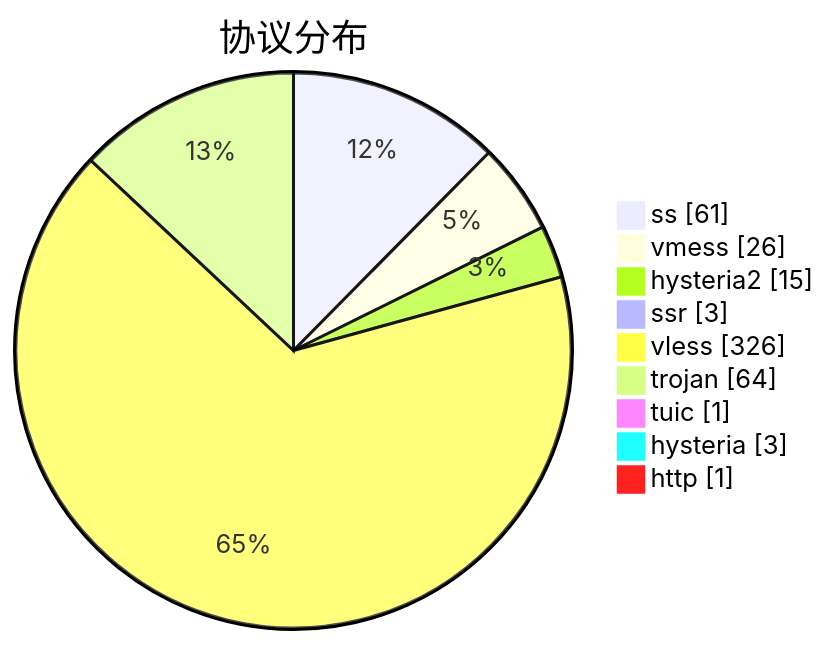
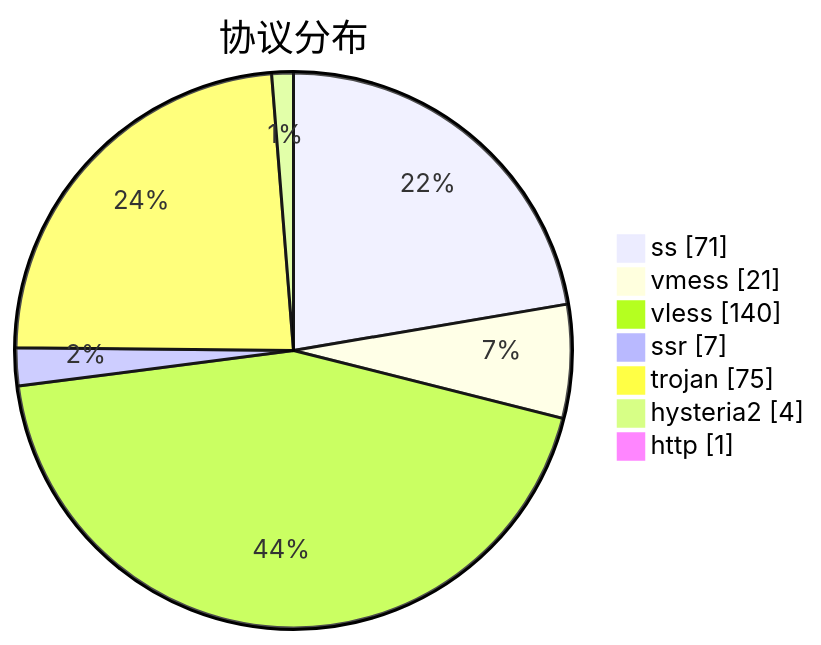
The third of 3 diagrams in subs/statistics/tested_within.md (sinspired/airport), drawn with Mermaid before and after one commit. The commit also changed other lines of this file and 2 other files, not shown here.

````diff
--- a/subs/statistics/tested_within.md
+++ b/subs/statistics/tested_within.md
@@ -50,13 +54,11 @@
 ```mermaid
 pie showData
 title 协议分布
-"ss" : 61
-"vmess" : 26
-"hysteria2" : 15
-"ssr" : 3
-"vless" : 326
-"trojan" : 64
-"tuic" : 1
-"hysteria" : 3
+"ss" : 71
+"vmess" : 21
+"vless" : 140
+"ssr" : 7
+"trojan" : 75
+"hysteria2" : 4
 "http" : 1
 ```
````
